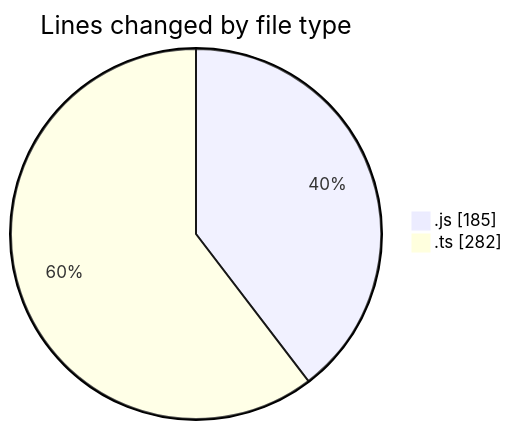
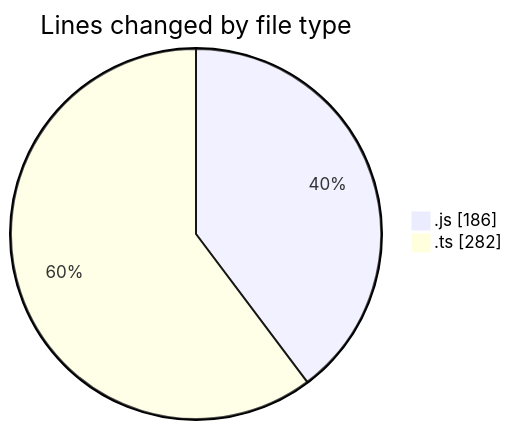
One commit to momahboobian/code-tracking changed the first of 2 diagrams in 2025-05-29/cda/README.md. Above: the diagram before and after it, drawn with Mermaid. The commit also changed other lines of this file and 1 other file, not shown here.

````diff
--- a/2025-05-29/cda/README.md
+++ b/2025-05-29/cda/README.md
@@ -21,6 +21,6 @@
 ```mermaid
 pie showData
 title Lines changed by file type
-".js" : 185
+".js" : 186
 ".ts" : 282
 ```
````
